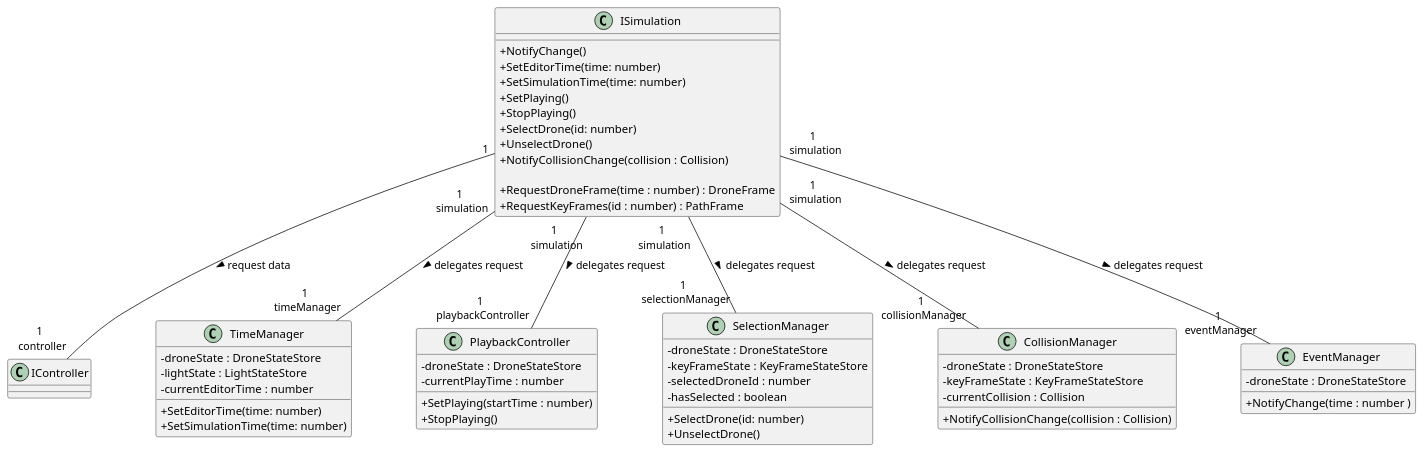
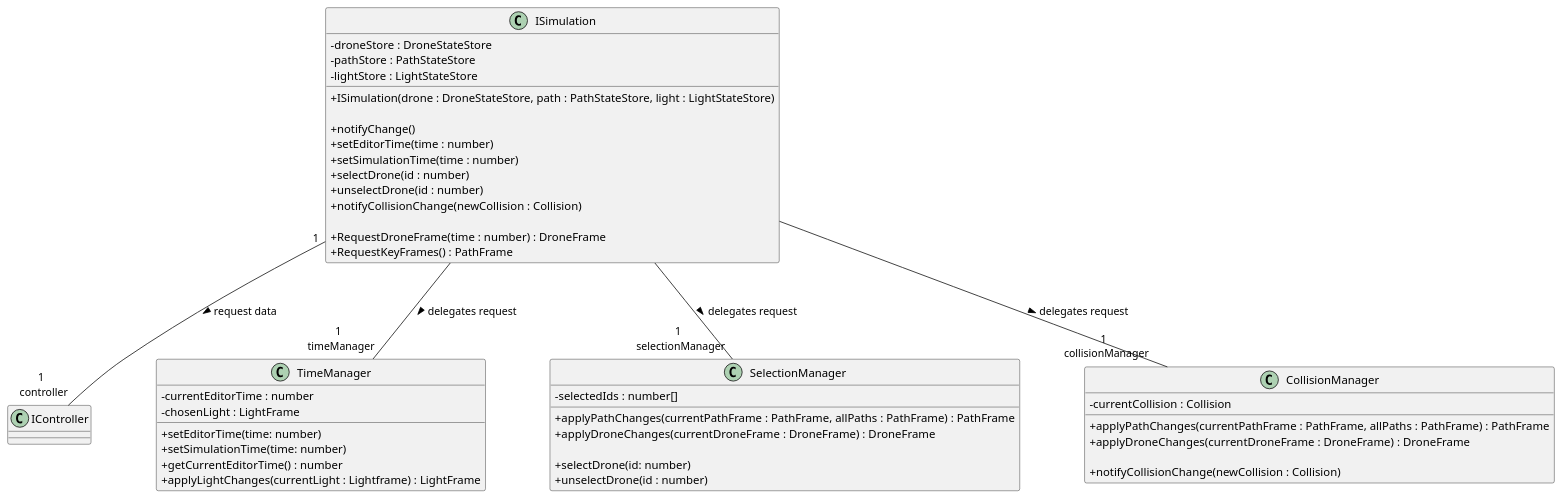
The diagram in diagrams/simulationInterface.puml (nojusbarth/OFC), drawn with PlantUML before and after one commit. The commit also changed 10 other files, not shown here.

Commit message:
Rename + neue Diagramme

```diff
--- a/diagrams/simulationInterface.puml
+++ b/diagrams/simulationInterface.puml
@@ -1,78 +1,72 @@
 @startuml name Class Diagram: ISimulation + Subsystems
 skinparam classAttributeIconSize 0
 skinparam nodesep 80
 skinparam ranksep 100
 ' =====================================================
 ' Class Diagram: ISimulation + Subsystems
 ' =====================================================
 
 class IController
 
 ' ISimulation – the central interface (Facade)
 class ISimulation {
 
-  + NotifyChange()
-  + SetEditorTime(time: number)
-  + SetSimulationTime(time: number)
-  + SetPlaying()
-  + StopPlaying()
-  + SelectDrone(id: number)
-  + UnselectDrone()
-  + NotifyCollisionChange(collision : Collision)
+  - droneStore : DroneStateStore
+  - pathStore : PathStateStore
+  - lightStore : LightStateStore
+
+  + ISimulation(drone : DroneStateStore, path : PathStateStore, light : LightStateStore)
+
+  + notifyChange()
+  + setEditorTime(time : number)
+  + setSimulationTime(time : number)
+  + selectDrone(id : number)
+  + unselectDrone(id : number)
+  + notifyCollisionChange(newCollision : Collision)
 
   + RequestDroneFrame(time : number) : DroneFrame
-  + RequestKeyFrames(id : number) : PathFrame
+  + RequestKeyFrames() : PathFrame
 }
 
 ' Subsystems – internal logic
 class TimeManager {
-  - droneState : DroneStateStore
-  - lightState : LightStateStore
   - currentEditorTime : number
+  - chosenLight : LightFrame
 
-  + SetEditorTime(time: number)
-  + SetSimulationTime(time: number)
+  + setEditorTime(time: number)
+  + setSimulationTime(time: number)
+  + getCurrentEditorTime() : number
+  + applyLightChanges(currentLight : Lightframe) : LightFrame
+
 }
 
-class PlaybackController {
-  - droneState : DroneStateStore
-  -currentPlayTime : number
 
-  + SetPlaying(startTime : number)
-  + StopPlaying()
-}
 
 class SelectionManager {
-  -droneState : DroneStateStore
-  -keyFrameState : KeyFrameStateStore
-  -selectedDroneId : number
-  -hasSelected : boolean
+  - selectedIds : number[]
 
-  + SelectDrone(id: number)
-  + UnselectDrone()
+  + applyPathChanges(currentPathFrame : PathFrame, allPaths : PathFrame) : PathFrame
+  + applyDroneChanges(currentDroneFrame : DroneFrame) : DroneFrame
+
+  + selectDrone(id: number)
+  + unselectDrone(id : number)
 }
 
 class CollisionManager {
-  -droneState : DroneStateStore
-  -keyFrameState : KeyFrameStateStore
   -currentCollision : Collision
 
-  + NotifyCollisionChange(collision : Collision)
+  + applyPathChanges(currentPathFrame : PathFrame, allPaths : PathFrame) : PathFrame
+  + applyDroneChanges(currentDroneFrame : DroneFrame) : DroneFrame
+
+  + notifyCollisionChange(newCollision : Collision)
 }
 
-class EventManager {
-  -droneState : DroneStateStore
-
-  + NotifyChange(time : number )
-}
 
 ' Relationships: Delegation from ISimulation to subsystems
-ISimulation "1 \n simulation" -- "1 \n timeManager" TimeManager : delegates request >
-ISimulation "1 \n simulation" -- "1 \n playbackController" PlaybackController : delegates request >
-ISimulation "1 \n simulation" -- "1 \n selectionManager" SelectionManager : delegates request >
-ISimulation "1 \n simulation" -- "1 \n collisionManager" CollisionManager : delegates request >
-ISimulation "1 \n simulation" -- "1 \n eventManager" EventManager : delegates request >
+ISimulation " " -- "1 \n timeManager" TimeManager : delegates request >
+ISimulation " " -- "1 \n selectionManager" SelectionManager : delegates request >
+ISimulation " " -- "1 \n collisionManager" CollisionManager : delegates request >
 
 ISimulation "1" -- "1 \n controller" IController : request data >
 
 @enduml
```
